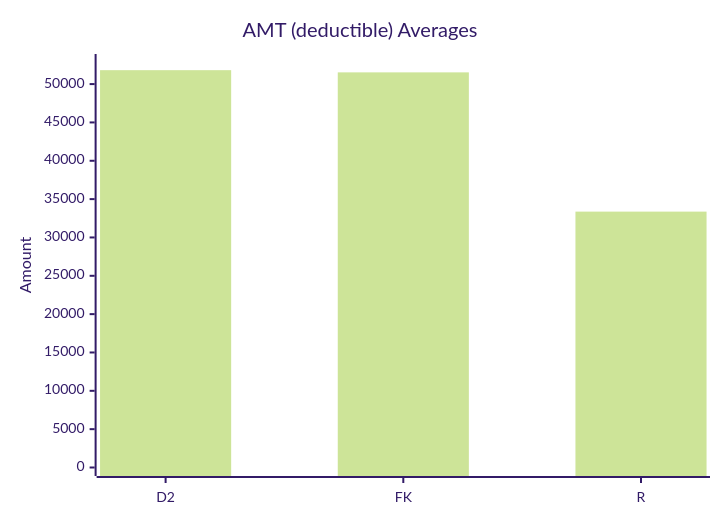
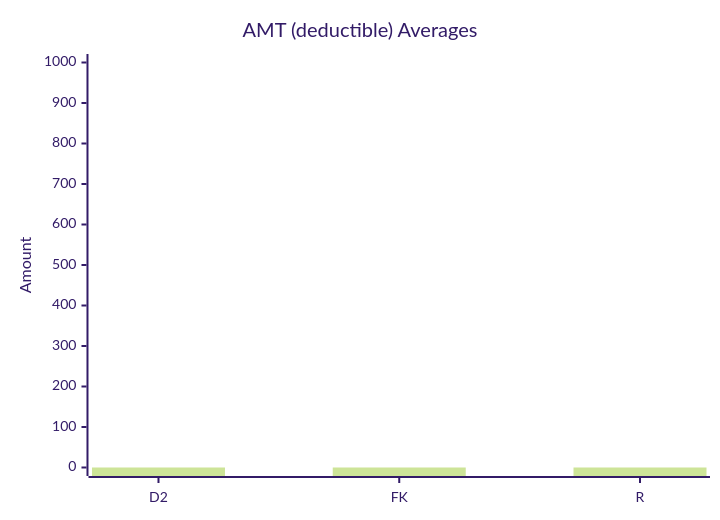
One commit to dhagan-va/intern-2025 changed the ninth of 10 diagrams in test-tools/DataGen/src/Statistics_Visualizer.md. Above: the diagram before and after it, drawn with Mermaid (forest theme). The commit also changed other lines of this file and 6 other files, not shown here.

````diff
--- a/test-tools/DataGen/src/Statistics_Visualizer.md
+++ b/test-tools/DataGen/src/Statistics_Visualizer.md
@@ -96,7 +96,7 @@
 ```mermaid
 xychart-beta
     title "AMT (deductible) Averages"
     x-axis ["D2", "FK", "R"]
-    y-axis "Amount" 0 --> 52815.02
-    bar [51815.02, 51528.39, 33369.78]
+    y-axis "Amount" 0 --> 1000.0
+    bar [0.0, 0.0, 0.0]
 ```
````
